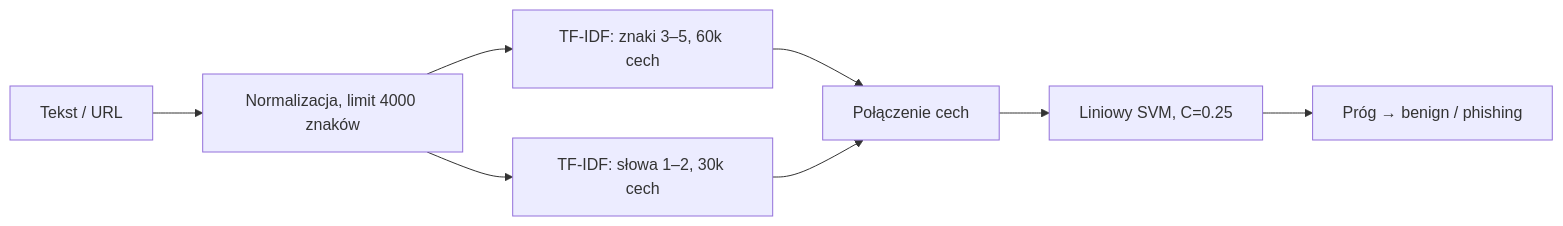
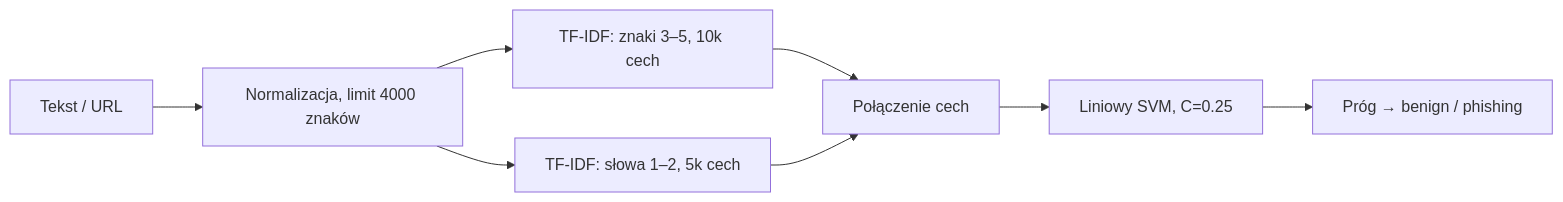
The diagram in README.md (nikpan1/phishing-detector), drawn with Mermaid before and after one commit. The commit also changed other lines of this file and 18 other files, not shown here.

````diff
--- a/README.md
+++ b/README.md
@@ -24,10 +24,10 @@
 ```mermaid
 flowchart LR
     A["Tekst / URL"] --> N["Normalizacja, limit 4000 znaków"]
-    N --> C["TF-IDF: znaki 3–5, 60k cech"]
-    N --> W["TF-IDF: słowa 1–2, 30k cech"]
+    N --> C["TF-IDF: znaki 3–5, 10k cech"]
+    N --> W["TF-IDF: słowa 1–2, 5k cech"]
     C --> U["Połączenie cech"]
     W --> U
     U --> S["Liniowy SVM, C=0.25"]
     S --> P["Próg → benign / phishing"]
 ```
````
